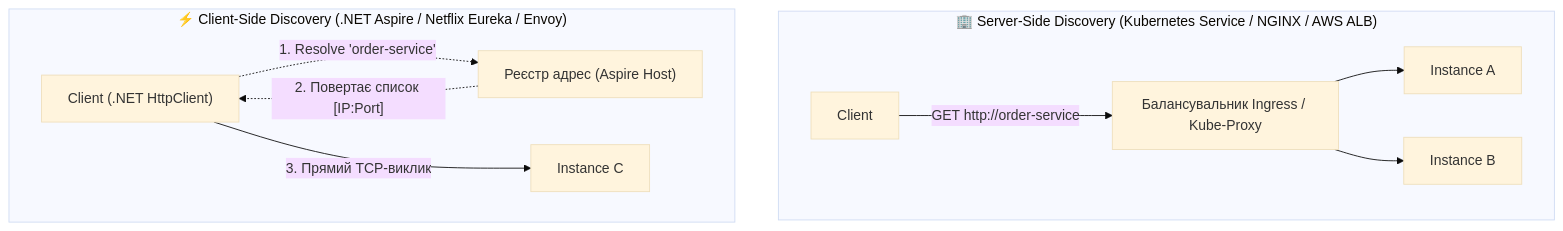
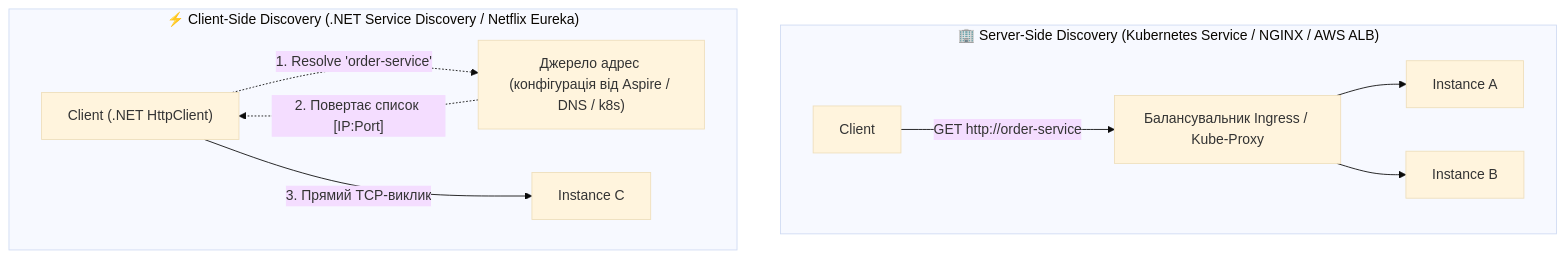
The first of 5 diagrams in 02-Microservices-Craftsman/02-01-Aspire-Documentation/06_ServiceDiscovery_Resilience_Polly_HttpClient.md (MrTomkaYurii/Demo-CargoDeliveryService), drawn with Mermaid (base theme) before and after one commit. The commit also changed other lines of this file and 227 other files, not shown here.

````diff
--- a/02-Microservices-Craftsman/02-01-Aspire-Documentation/06_ServiceDiscovery_Resilience_Polly_HttpClient.md
+++ b/02-Microservices-Craftsman/02-01-Aspire-Documentation/06_ServiceDiscovery_Resilience_Polly_HttpClient.md
@@ -43,14 +44,14 @@
 ```mermaid
 flowchart TD
     subgraph ServerSide ["🏢 Server-Side Discovery (Kubernetes Service / NGINX / AWS ALB)"]
         Client1["Client"] -->|"GET http://order-service"| LB["Балансувальник Ingress / Kube-Proxy"]
         LB --> PodA["Instance A"]
         LB --> PodB["Instance B"]
     end
 
-    subgraph ClientSide ["⚡ Client-Side Discovery (.NET Aspire / Netflix Eureka / Envoy)"]
-        Client2["Client (.NET HttpClient)"] -.->|"1. Resolve 'order-service'"| Registry["Реєстр адрес (Aspire Host)"]
+    subgraph ClientSide ["⚡ Client-Side Discovery (.NET Service Discovery / Netflix Eureka)"]
+        Client2["Client (.NET HttpClient)"] -.->|"1. Resolve 'order-service'"| Registry["Джерело адрес (конфігурація від Aspire / DNS / k8s)"]
         Registry -.->|"2. Повертає список [IP:Port]"| Client2
         Client2 -->|"3. Прямий TCP-виклик"| PodC["Instance C"]
     end
 ```
````
